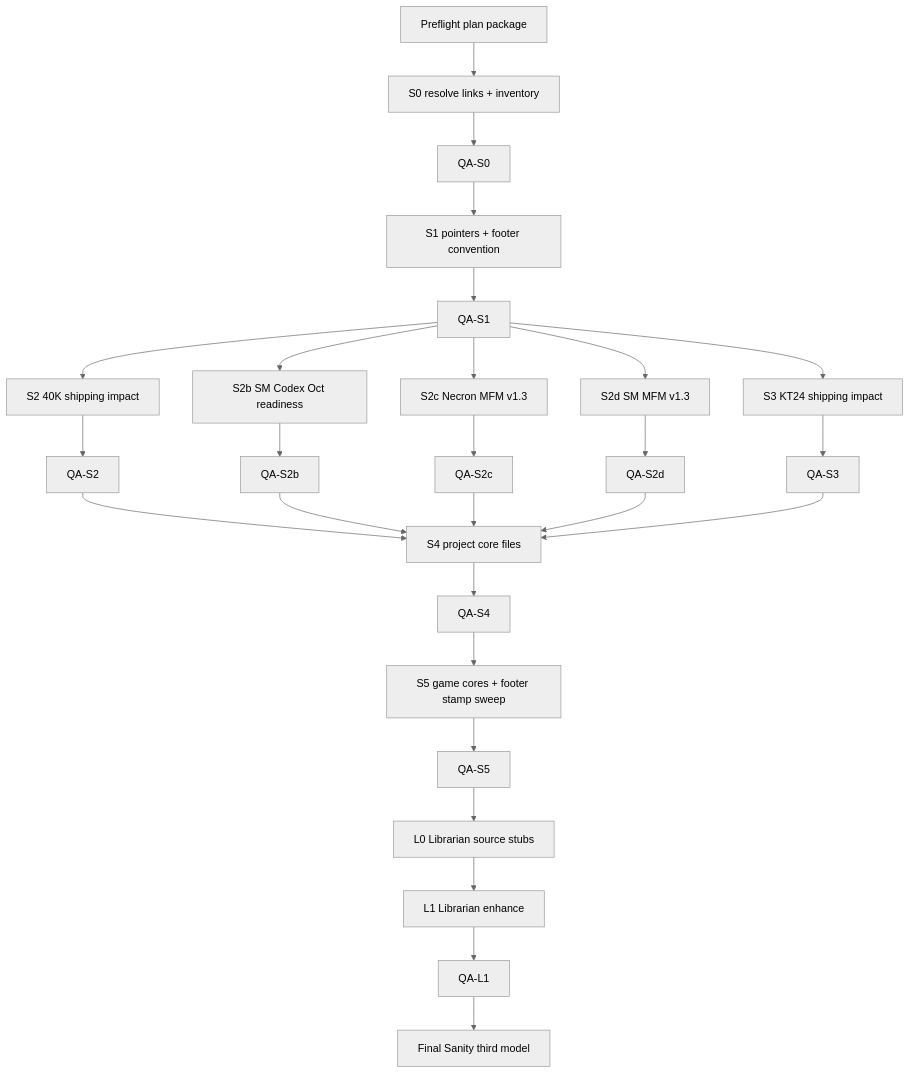
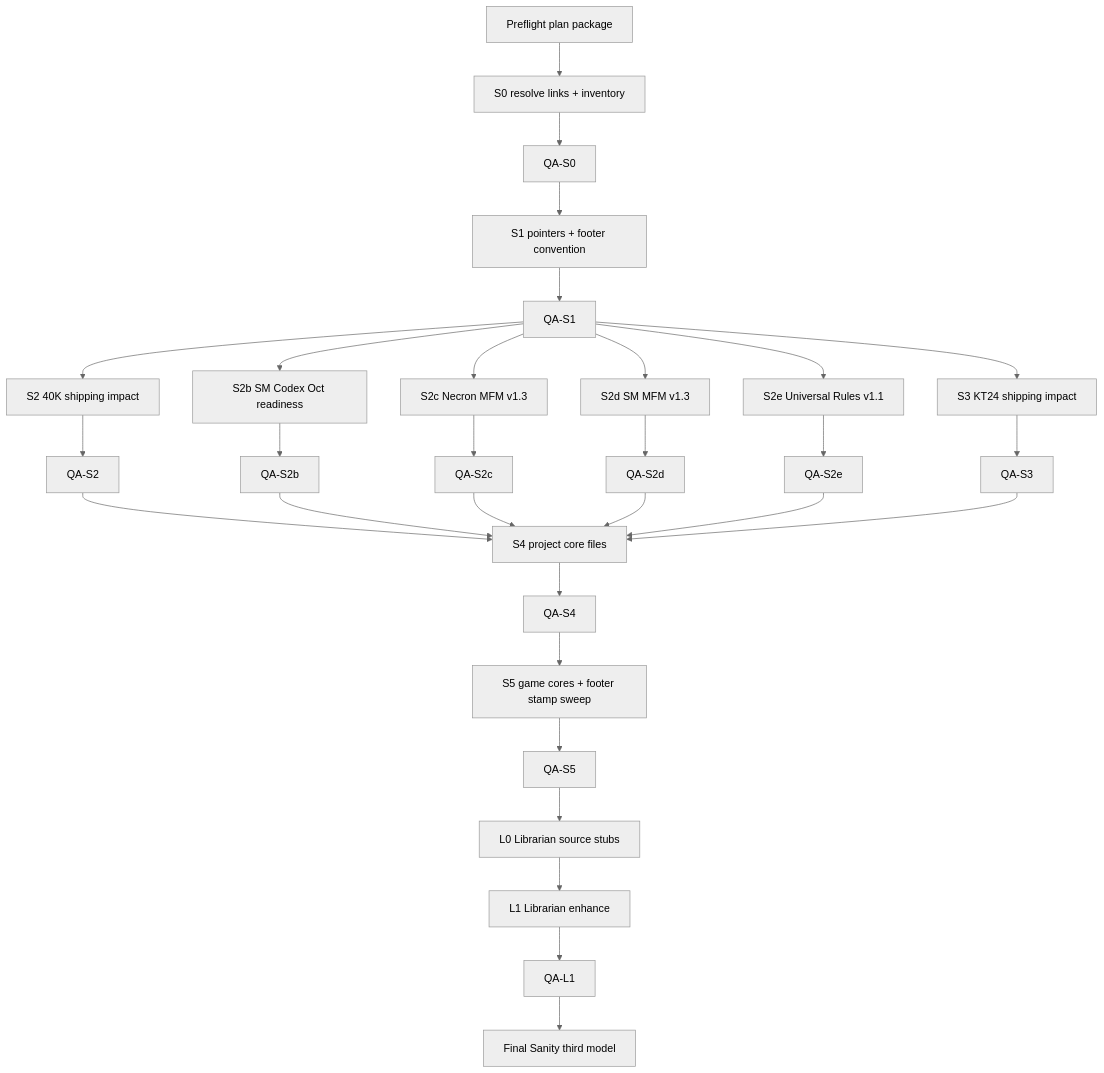
Before and after one commit to russell-catt/Wargame_Concierge: the diagram in docs/handoffs/dataslate_0826/track_in.md, drawn with Mermaid (neutral theme). The commit also changed other lines of this file and 4 other files, not shown here.

First line of the commit message:
docs(dataslate_0826): Universal Rules Updates v1.1 + S2e

````diff
--- a/docs/handoffs/dataslate_0826/track_in.md
+++ b/docs/handoffs/dataslate_0826/track_in.md
@@ -139,37 +147,40 @@
 ```mermaid
 flowchart TD
   PF[Preflight plan package]
   S0[S0 resolve links + inventory]
   QA0[QA-S0]
   S1[S1 pointers + footer convention]
   QA1[QA-S1]
   S2[S2 40K shipping impact]
   QA2[QA-S2]
   S3[S3 KT24 shipping impact]
   QA3[QA-S3]
   S4[S4 project core files]
   QA4[QA-S4]
   S5[S5 game cores + footer stamp sweep]
   QA5[QA-S5]
   L0[L0 Librarian source stubs]
   L1[L1 Librarian enhance]
   QAL[QA-L1]
   FS[Final Sanity third model]
 
   PF --> S0 --> QA0 --> S1 --> QA1
   QA1 --> S2 --> QA2
   QA1 --> S2b[S2b SM Codex Oct readiness]
   S2b --> QA2b[QA-S2b]
   QA1 --> S2c[S2c Necron MFM v1.3]
   S2c --> QA2c[QA-S2c]
   QA1 --> S2d[S2d SM MFM v1.3]
   S2d --> QA2d[QA-S2d]
+  QA1 --> S2e[S2e Universal Rules v1.1]
+  S2e --> QA2e[QA-S2e]
   QA1 --> S3 --> QA3
   QA2 --> S4
   QA2b --> S4
   QA2c --> S4
   QA2d --> S4
+  QA2e --> S4
   QA3 --> S4
   S4 --> QA4 --> S5 --> QA5
   QA5 --> L0 --> L1 --> QAL --> FS
 ```
````
